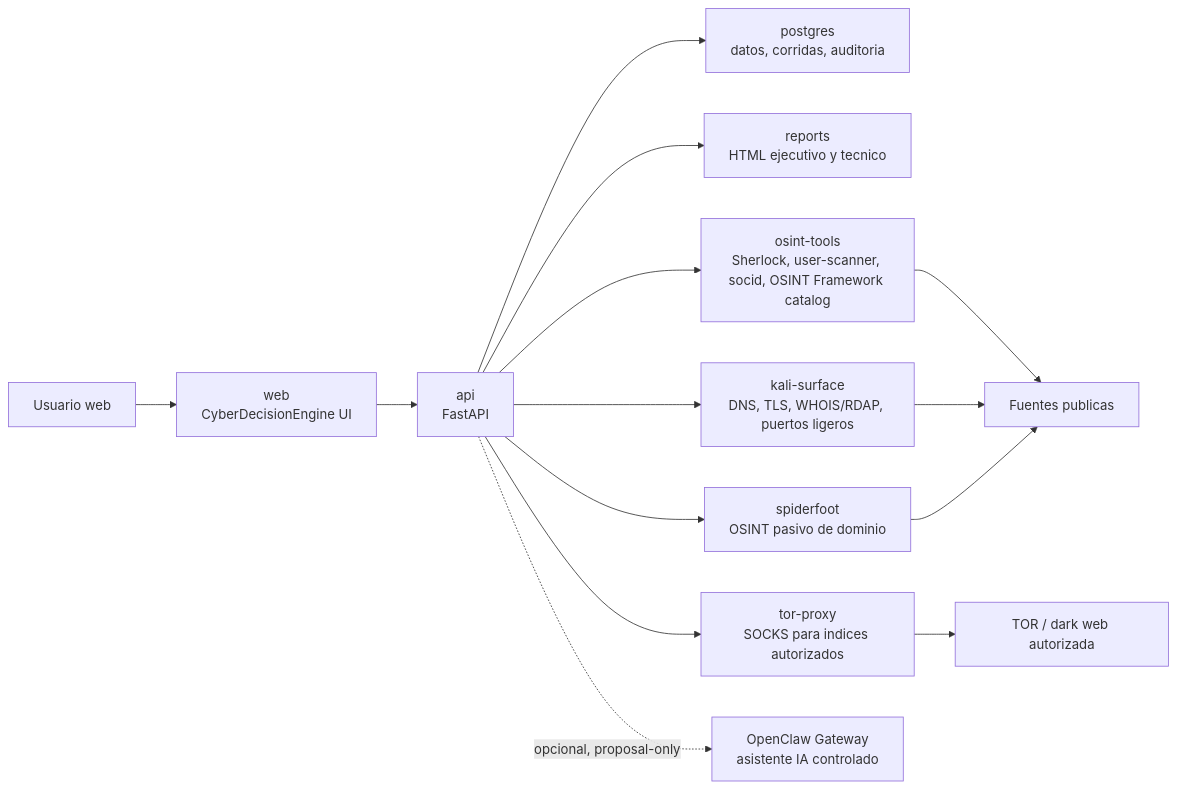
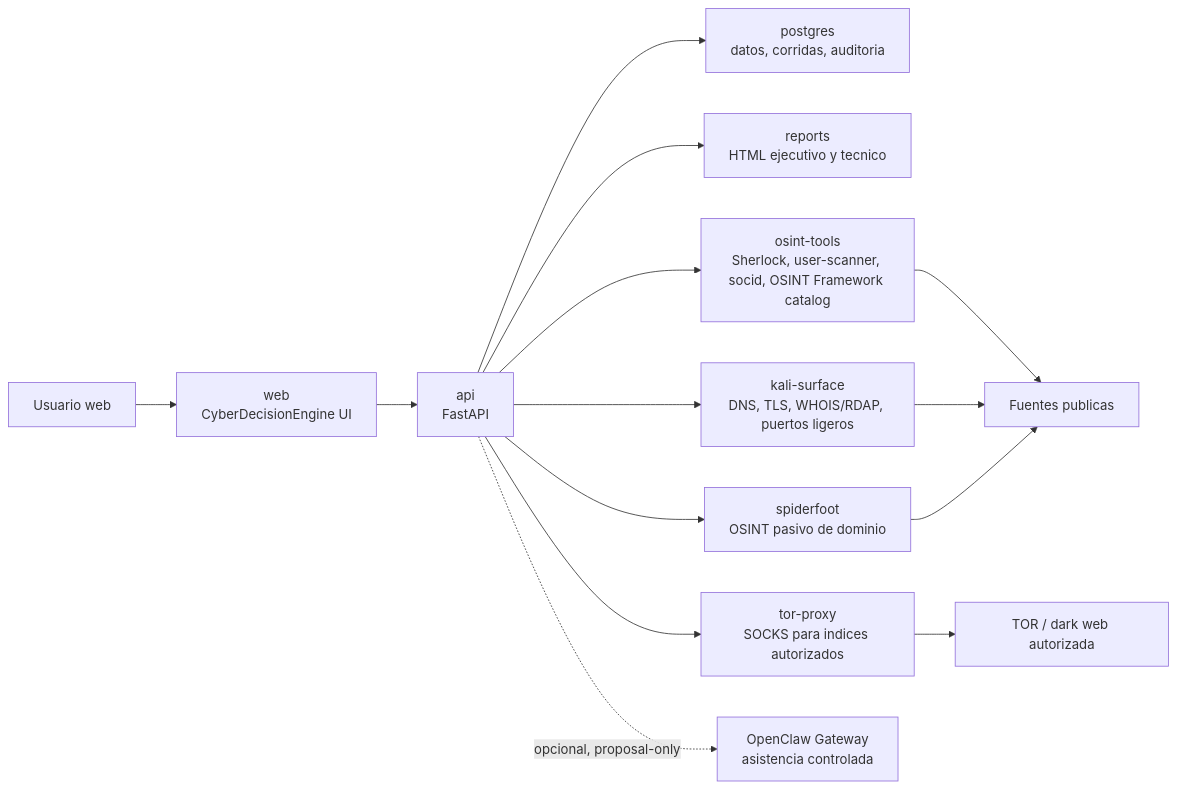
One commit to sr-maximus/CyberDecisionEngine changed the first of 3 diagrams in docs/cyberdecisionengine_architecture.md. Above: the diagram before and after it, drawn with Mermaid. The commit also changed other lines of this file and 116 other files, not shown here.

````diff
--- a/docs/cyberdecisionengine_architecture.md
+++ b/docs/cyberdecisionengine_architecture.md
@@ -12,16 +22,16 @@
 ```mermaid
 flowchart LR
   U["Usuario web"] --> W["web<br/>CyberDecisionEngine UI"]
   W --> A["api<br/>FastAPI"]
   A --> P["postgres<br/>datos, corridas, auditoria"]
   A --> R["reports<br/>HTML ejecutivo y tecnico"]
   A --> O["osint-tools<br/>Sherlock, user-scanner, socid, OSINT Framework catalog"]
   A --> K["kali-surface<br/>DNS, TLS, WHOIS/RDAP, puertos ligeros"]
   A --> S["spiderfoot<br/>OSINT pasivo de dominio"]
   A --> T["tor-proxy<br/>SOCKS para indices autorizados"]
-  A -. "opcional, proposal-only" .-> C["OpenClaw Gateway<br/>asistente IA controlado"]
+  A -. "opcional, proposal-only" .-> C["OpenClaw Gateway<br/>asistencia controlada"]
   O --> Internet["Fuentes publicas"]
   K --> Internet
   S --> Internet
   T --> Tor["TOR / dark web autorizada"]
 ```
````
